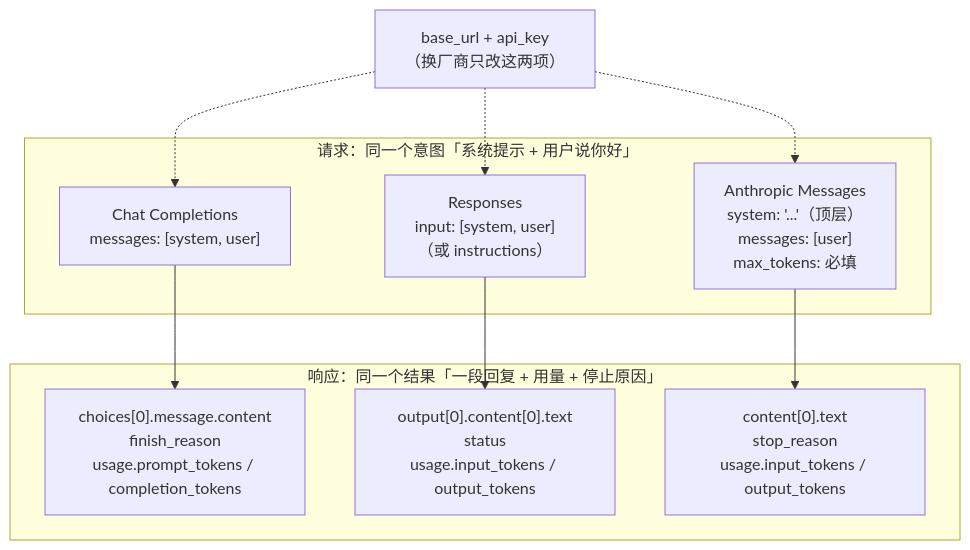
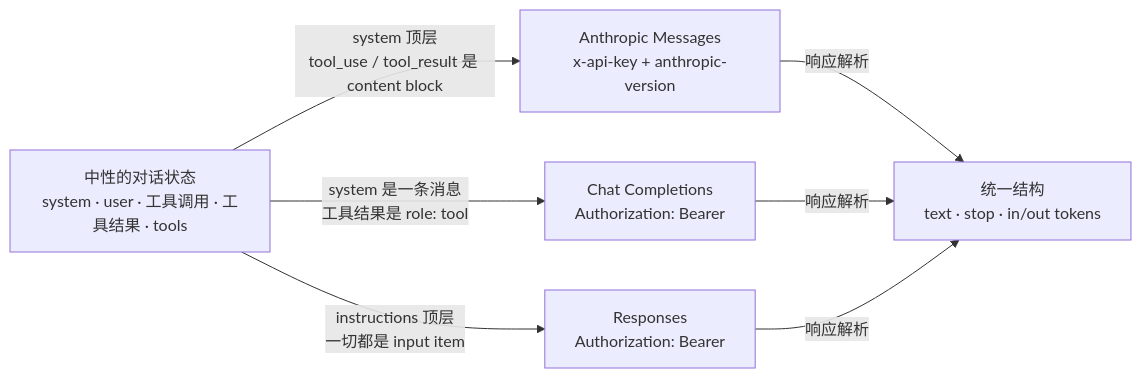
Before and after one commit to advence-liz/agent-learning: the diagram in p0-core/02-api-and-apikey.md, drawn with Mermaid. The commit also changed other lines of this file and 51 other files, not shown here.

````diff
--- a/p0-core/02-api-and-apikey.md
+++ b/p0-core/02-api-and-apikey.md
@@ -21,17 +43,8 @@
 ```mermaid
-flowchart TB
-    subgraph REQ["请求：同一个意图「系统提示 + 用户说你好」"]
-        A1["Chat Completions<br/>messages: [system, user]"]
-        A2["Responses<br/>input: [system, user]<br/>（或 instructions）"]
-        A3["Anthropic Messages<br/>system: '...'（顶层）<br/>messages: [user]<br/>max_tokens: 必填"]
-    end
-    subgraph RESP["响应：同一个结果「一段回复 + 用量 + 停止原因」"]
-        B1["choices[0].message.content<br/>finish_reason<br/>usage.prompt_tokens / completion_tokens"]
-        B2["output[0].content[0].text<br/>status<br/>usage.input_tokens / output_tokens"]
-        B3["content[0].text<br/>stop_reason<br/>usage.input_tokens / output_tokens"]
-    end
-    A1 --> B1
-    A2 --> B2
-    A3 --> B3
-    K["base_url + api_key<br/>（换厂商只改这两项）"] -.-> A1 & A2 & A3
+flowchart LR
+    S["中性的对话状态<br/>system · user · 工具调用 · 工具结果 · tools"]
+    S -->|"system 顶层<br/>tool_use / tool_result 是 content block"| A["Anthropic Messages<br/>x-api-key + anthropic-version"]
+    S -->|"system 是一条消息<br/>工具结果是 role: tool"| C["Chat Completions<br/>Authorization: Bearer"]
+    S -->|"instructions 顶层<br/>一切都是 input item"| R["Responses<br/>Authorization: Bearer"]
+    A & C & R -->|"响应解析"| U["统一结构<br/>text · stop · in/out tokens"]
 ```
````
